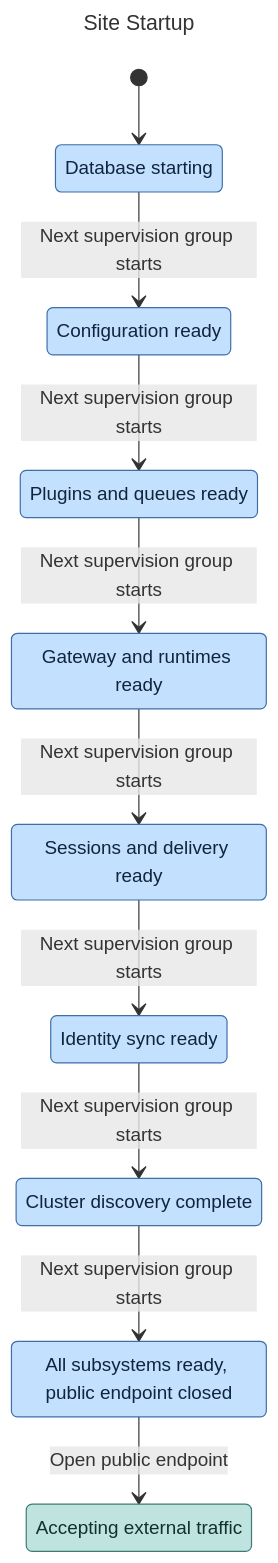
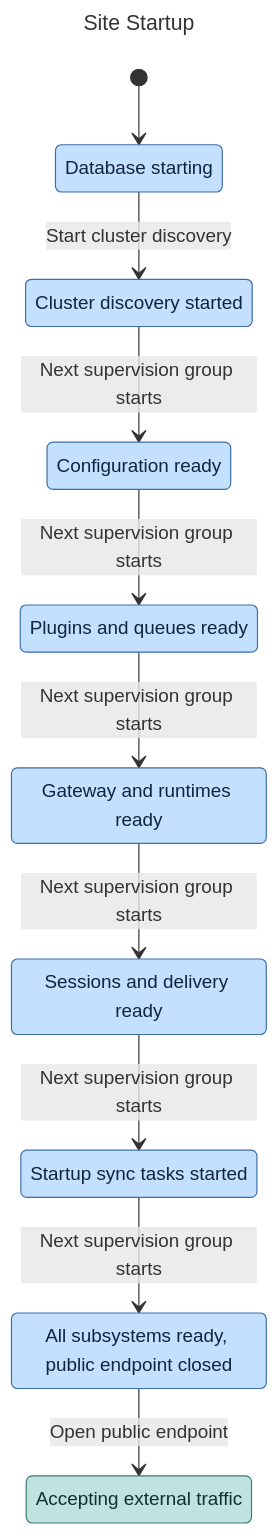
The tenth of 10 diagrams in docs/design-docs/overview.md (AgentBull/ankole), drawn with Mermaid before and after one commit. The commit also changed other lines of this file and 285 other files, not shown here.

````diff
--- a/docs/design-docs/overview.md
+++ b/docs/design-docs/overview.md
@@ -519,35 +522,35 @@
 ```mermaid
 ---
 title: Site Startup
 ---
 stateDiagram-v2
   classDef teal fill:#bfe3df,stroke:#3d7a72,color:#12302c
   classDef blue fill:#c3e0ff,stroke:#3d6ea8,color:#10243d
   s0: Database starting
   s1: Configuration ready
   s2: Plugins and queues ready
   s3: Gateway and runtimes ready
   s4: Sessions and delivery ready
-  s5: Identity sync ready
-  s6: Cluster discovery complete
+  s5: Startup sync tasks started
+  s6: Cluster discovery started
   s7: All subsystems ready, public endpoint closed
   s8: Accepting external traffic
   [*] --> s0
-  s0 --> s1: Next supervision group starts
+  s0 --> s6: Start cluster discovery
+  s6 --> s1: Next supervision group starts
   s1 --> s2: Next supervision group starts
   s2 --> s3: Next supervision group starts
   s3 --> s4: Next supervision group starts
   s4 --> s5: Next supervision group starts
-  s5 --> s6: Next supervision group starts
-  s6 --> s7: Next supervision group starts
+  s5 --> s7: Next supervision group starts
   s7 --> s8: Open public endpoint
   class s0 blue
   class s1 blue
   class s2 blue
   class s3 blue
   class s4 blue
   class s5 blue
   class s6 blue
   class s7 blue
   class s8 teal
 ```
````
